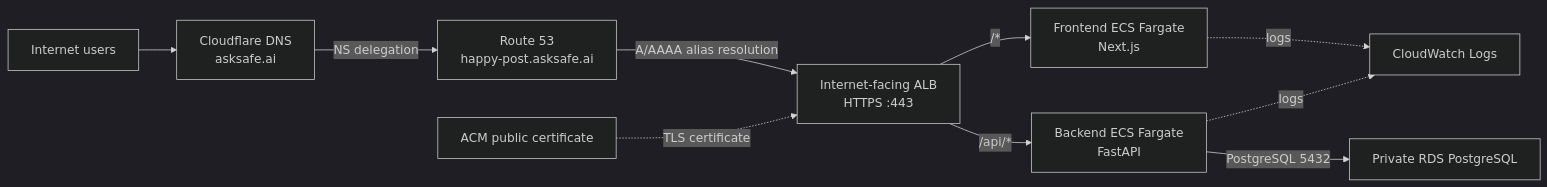
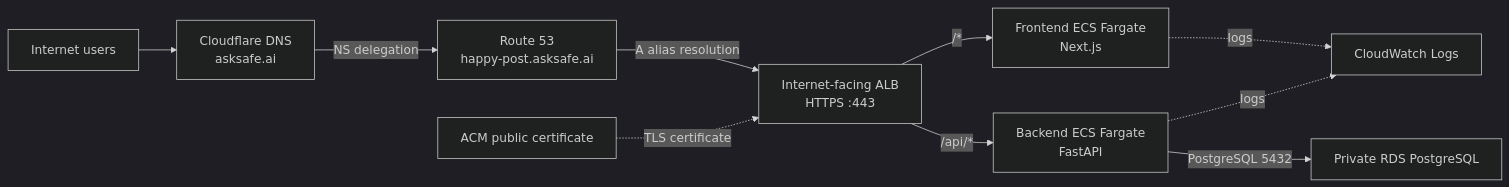
The diagram in README.md (afaryy/happy-post), drawn with Mermaid (dark theme) before and after one commit. The commit also changed other lines of this file and 32 other files, not shown here.

````diff
--- a/README.md
+++ b/README.md
@@ -68,12 +68,12 @@
 ```mermaid
 flowchart LR
     users[Internet users] --> cloudflare[Cloudflare DNS<br/>asksafe.ai]
     cloudflare -->|NS delegation| route53[Route 53<br/>happy-post.asksafe.ai]
-    route53 -->|A/AAAA alias resolution| alb[Internet-facing ALB<br/>HTTPS :443]
+    route53 -->|A alias resolution| alb[Internet-facing ALB<br/>HTTPS :443]
     acm[ACM public certificate] -. "TLS certificate" .-> alb
     alb -->|/*| frontend[Frontend ECS Fargate<br/>Next.js]
     alb -->|/api/*| backend[Backend ECS Fargate<br/>FastAPI]
     backend -->|PostgreSQL 5432| rds[Private RDS PostgreSQL]
     frontend -. logs .-> logs[CloudWatch Logs]
     backend -. logs .-> logs
 ```
````
